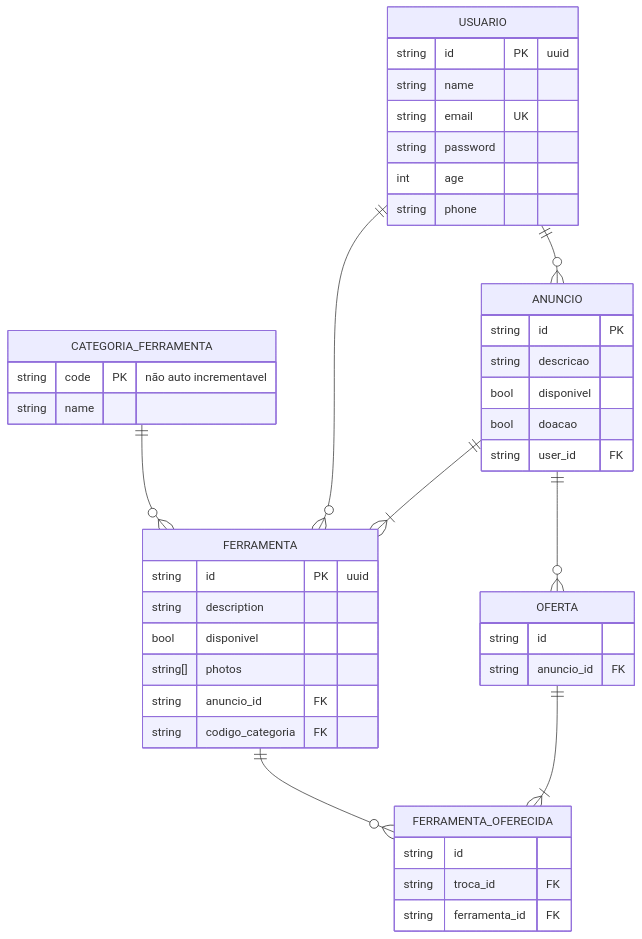
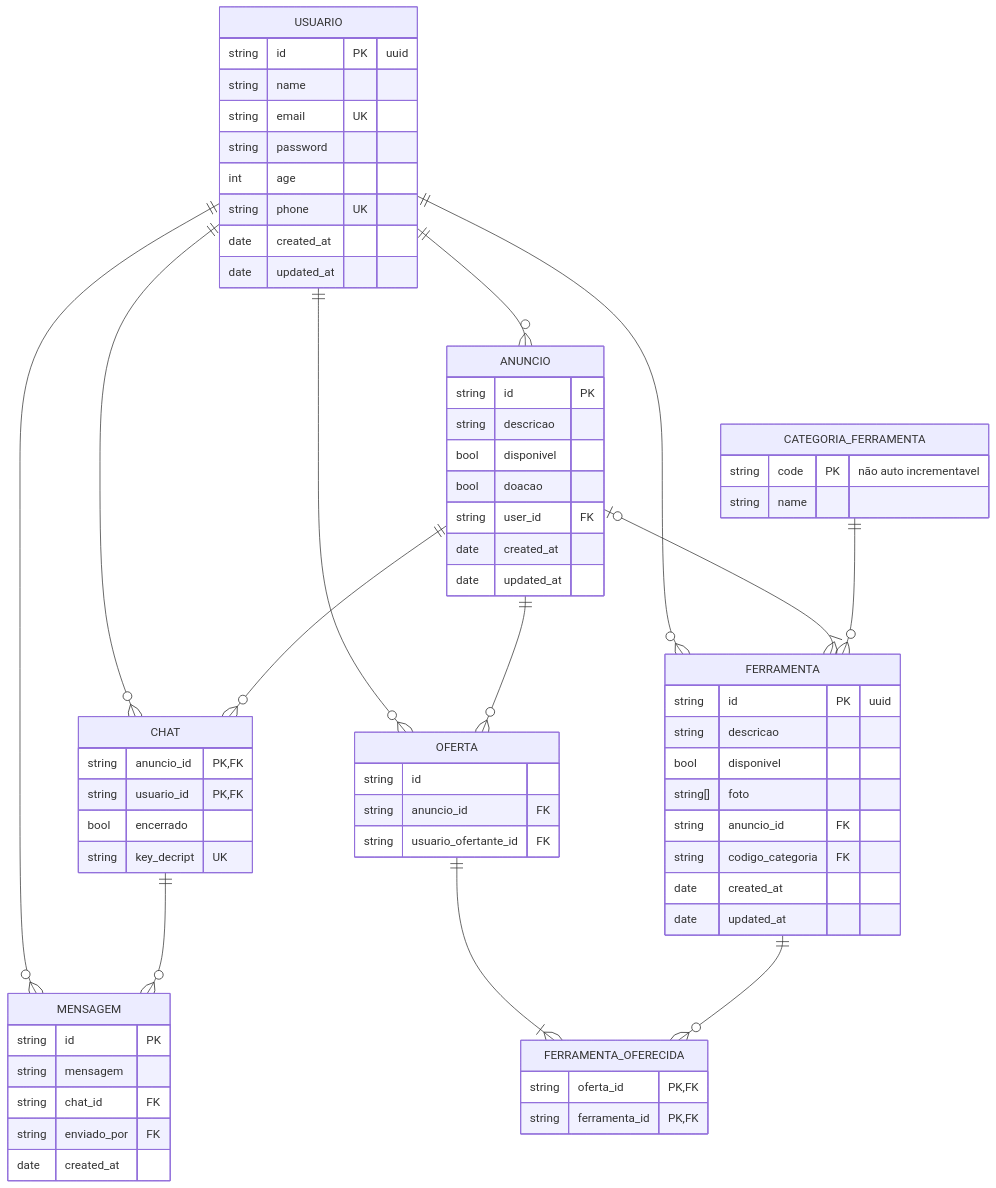
Before and after one commit to Marcos1701/Proj_Integrador_III: the second of 2 diagrams in Documentos_Relacionados/readme.md, drawn with Mermaid.

````diff
--- a/Documentos_Relacionados/readme.md
+++ b/Documentos_Relacionados/readme.md
@@ -109,33 +109,56 @@
         string email UK
         string password
         int age
-        string phone
+        string phone UK
+
+        date created_at
+        date updated_at
+    }
+
+    CHAT {
+        string anuncio_id PK,FK
+        string usuario_id PK,FK
+
+        bool encerrado
+        string key_decript UK
+
+    }
+
+    MENSAGEM {
+        string id PK
+        string mensagem
+        string chat_id FK
+        string enviado_por FK
+        date created_at
     }
 
     FERRAMENTA {
         string id PK "uuid"
-        string description
+        string descricao
         bool disponivel
-        string[] photos
+        string[] foto
         string anuncio_id FK
         string codigo_categoria FK
+
+        date created_at
+        date updated_at
     }
 
     CATEGORIA_FERRAMENTA {
-        string code PK "não auto incrementavel" 
+        string code PK "não auto incrementavel"
         string name
     }
 
     OFERTA {
         string id
         string anuncio_id FK
+        string usuario_ofertante_id FK
     }
 
 
     FERRAMENTA_OFERECIDA {
-        string id
-        string troca_id FK
-        string ferramenta_id FK
+        string oferta_id PK,FK
+        string ferramenta_id PK,FK
 
     }
 
@@ -145,13 +168,21 @@
         bool disponivel
         bool doacao
         string user_id FK
+        date created_at
+        date updated_at
     }
 
-    USUARIO ||--O{ FERRAMENTA : ""
+    USUARIO ||--o{ CHAT : ""
+    USUARIO ||--o{ MENSAGEM : ""
+    ANUNCIO ||--o{ CHAT: ""
+    CHAT ||--o{ MENSAGEM : ""
+
+    USUARIO ||--o{ OFERTA : ""
+    USUARIO ||--o{ FERRAMENTA : ""
     USUARIO ||--o{ ANUNCIO : ""
-    ANUNCIO ||--|{ FERRAMENTA : ""
+    ANUNCIO |o--|{ FERRAMENTA : ""
     CATEGORIA_FERRAMENTA ||--o{ FERRAMENTA : ""
     OFERTA ||--|{ FERRAMENTA_OFERECIDA : ""
     ANUNCIO ||--o{ OFERTA : ""
-    FERRAMENTA ||--o{ FERRAMENTA_OFERECIDA : "" 
+    FERRAMENTA ||--o{ FERRAMENTA_OFERECIDA : ""
 ```
````
